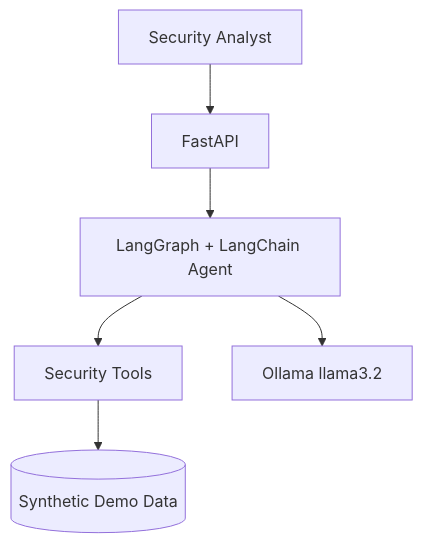
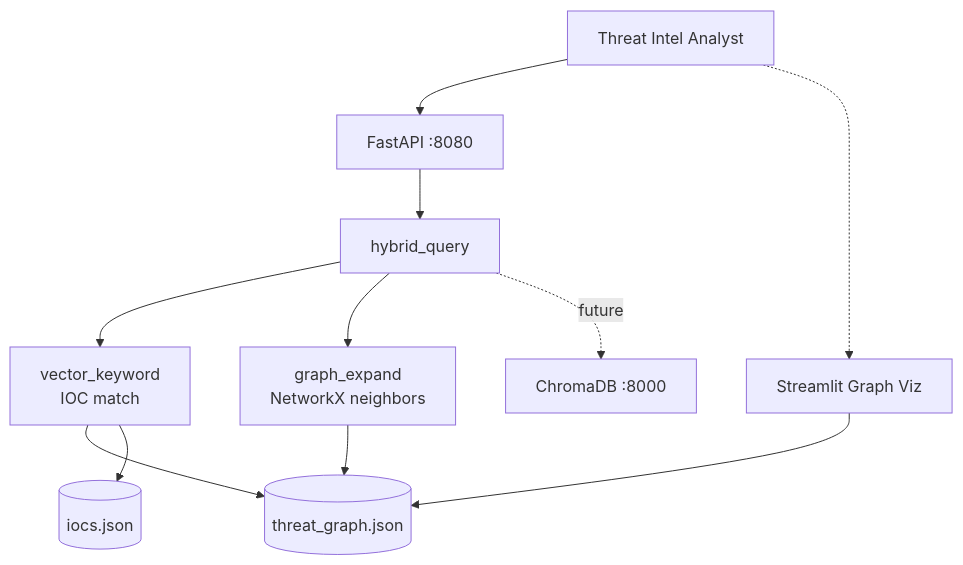
The first of 2 diagrams in README.md (manja7304/threat-intel-graph-rag), drawn with Mermaid before and after one commit. The commit also changed other lines of this file, not shown here.

````diff
--- a/README.md
+++ b/README.md
@@ -15,8 +29,12 @@
 ```mermaid
 flowchart TB
-  User[Security Analyst] --> API[FastAPI]
-  API --> Agent[LangGraph + LangChain Agent]
-  Agent --> Tools[Security Tools]
-  Agent --> LLM[Ollama llama3.2]
-  Tools --> DemoData[(Synthetic Demo Data)]
+  Analyst[Threat Intel Analyst] --> API[FastAPI :8080]
+  API --> Hybrid[hybrid_query]
+  Hybrid --> KW[vector_keyword\nIOC match]
+  Hybrid --> Graph[graph_expand\nNetworkX neighbors]
+  KW & Graph --> KG[(threat_graph.json)]
+  KW --> IOCs[(iocs.json)]
+  Analyst -.-> UI[Streamlit Graph Viz]
+  UI --> KG
+  Hybrid -.->|future| Chroma[ChromaDB :8000]
 ```
````
